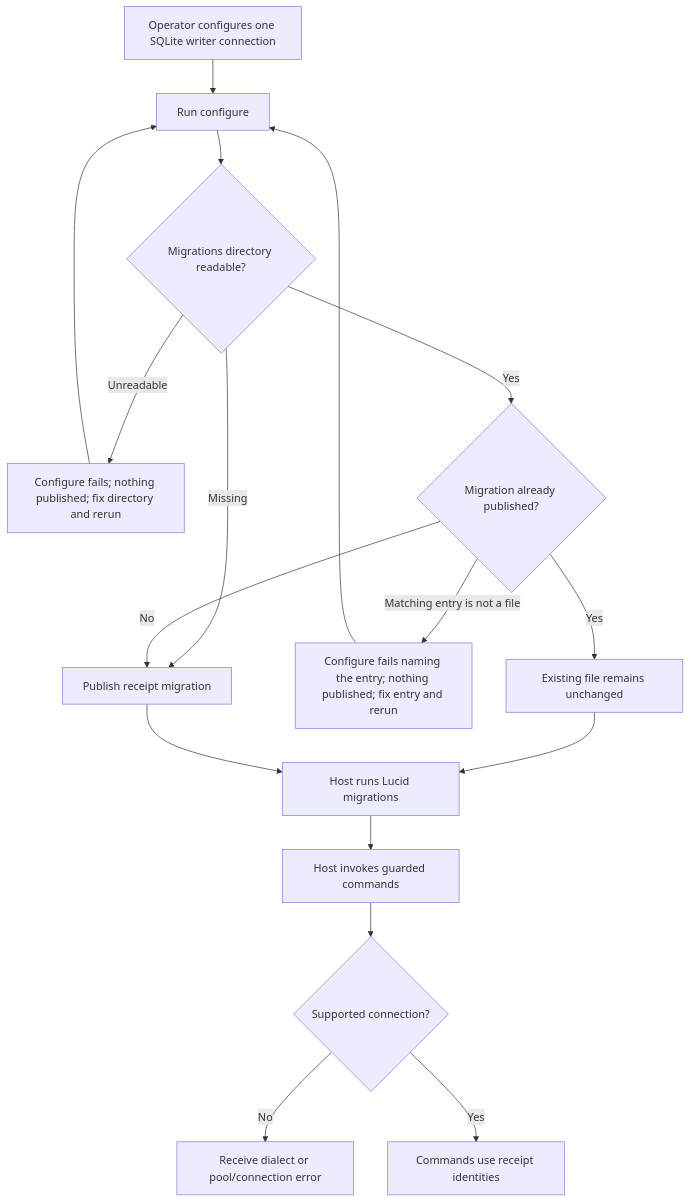
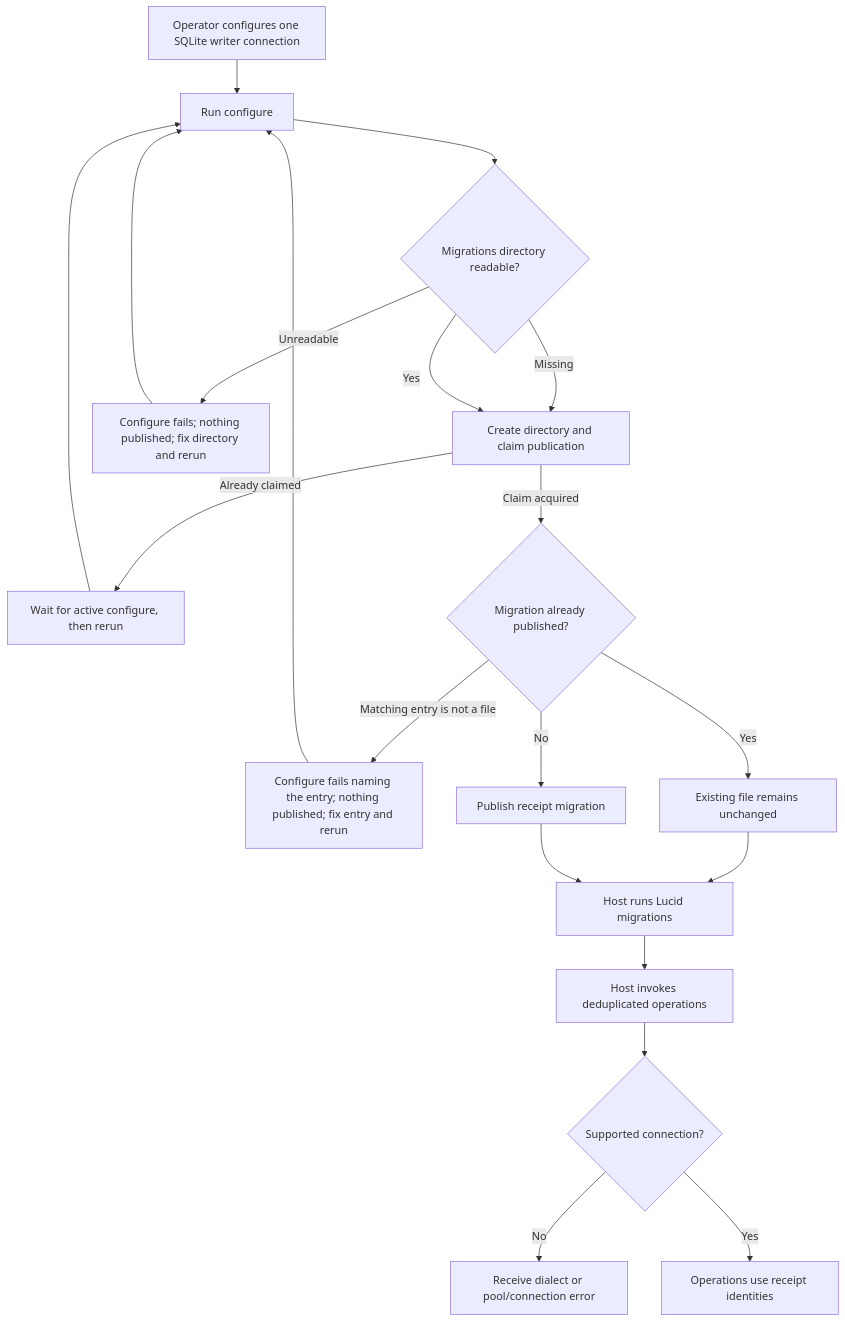
One commit to Kevinjohn/oss-adonisjs-duplicate-request-guard changed the first of 2 diagrams in user-stories/US-GUARD-04-operate-receipts.md. Above: the diagram before and after it, drawn with Mermaid. The commit also changed other lines of this file and 37 other files, not shown here.

````diff
--- a/user-stories/US-GUARD-04-operate-receipts.md
+++ b/user-stories/US-GUARD-04-operate-receipts.md
@@ -22,19 +23,22 @@
 ```mermaid
 flowchart TD
     A["Operator configures one SQLite writer connection"] --> B["Run configure"]
     B --> R{"Migrations directory readable?"}
-    R -->|Missing| E
+    R -->|Missing| L["Create directory and claim publication"]
     R -->|Unreadable| X["Configure fails; nothing published; fix directory and rerun"]
     X --> B
-    R -->|Yes| C{"Migration already published?"}
+    R -->|Yes| L
+    L -->|Already claimed| Z["Wait for active configure, then rerun"]
+    Z --> B
+    L -->|Claim acquired| C{"Migration already published?"}
     C -->|Matching entry is not a file| Y["Configure fails naming the entry; nothing published; fix entry and rerun"]
     Y --> B
     C -->|Yes| D["Existing file remains unchanged"]
     C -->|No| E["Publish receipt migration"]
     D --> M["Host runs Lucid migrations"]
     E --> M
-    M --> F["Host invokes guarded commands"]
+    M --> F["Host invokes deduplicated operations"]
     F --> G{"Supported connection?"}
     G -->|No| H["Receive dialect or pool/connection error"]
-    G -->|Yes| I["Commands use receipt identities"]
+    G -->|Yes| I["Operations use receipt identities"]
 ```
````
